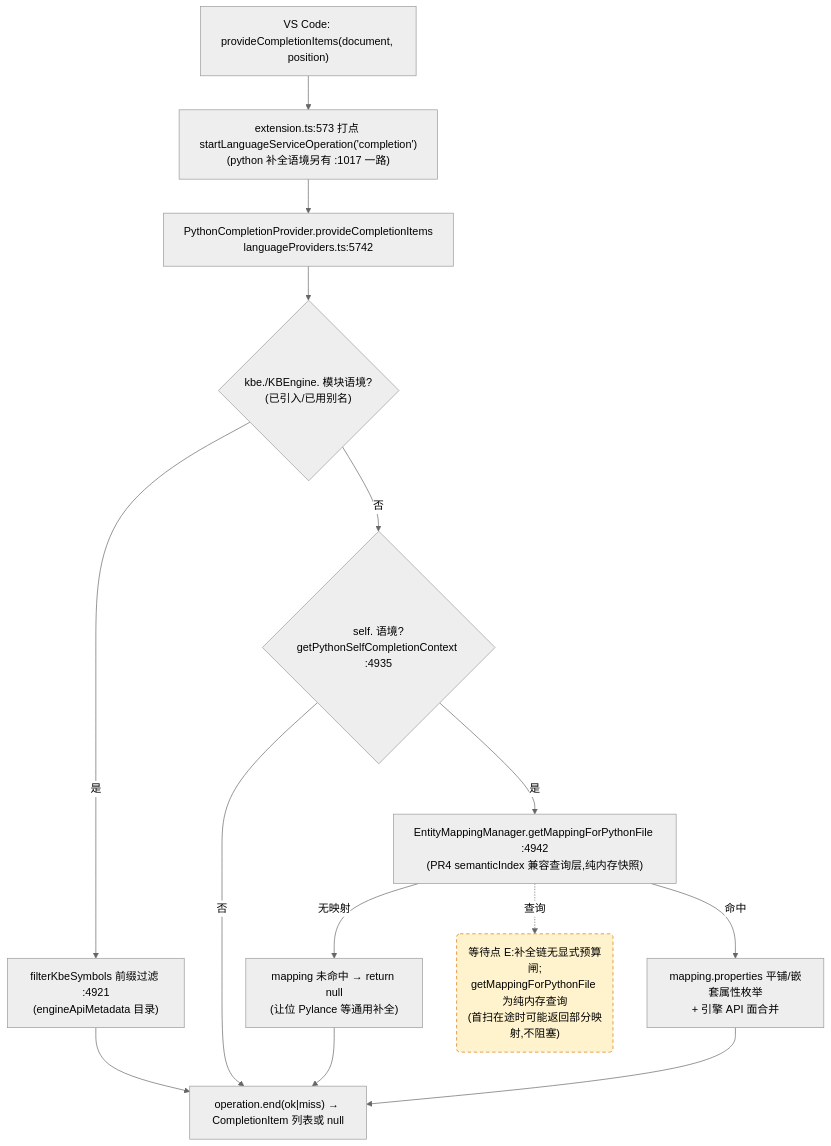
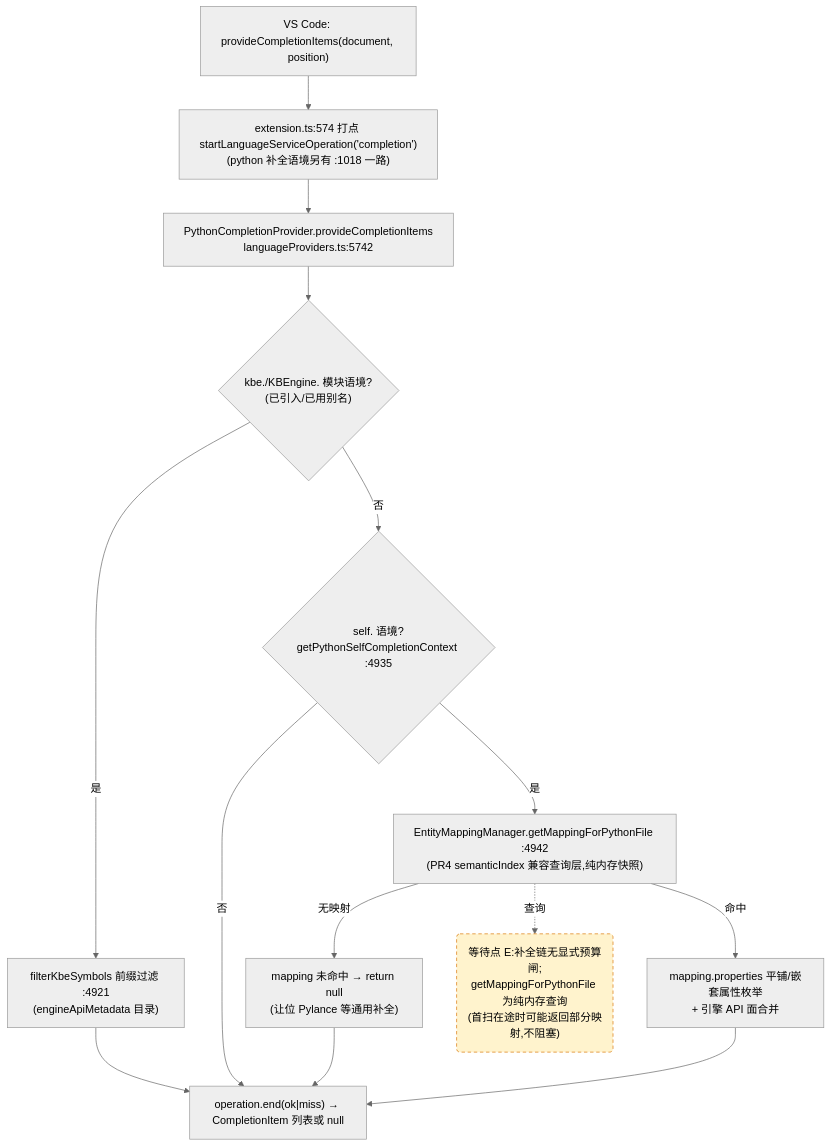
The third of 4 diagrams in docs/perf/2026-baseline.md (cuihairu/kode), drawn with Mermaid (neutral theme) before and after one commit. The commit also changed other lines of this file and 9 other files, not shown here.

````diff
--- a/docs/perf/2026-baseline.md
+++ b/docs/perf/2026-baseline.md
@@ -184,27 +184,27 @@
 ```mermaid
 flowchart TD
   VC3["VS Code: provideCompletionItems(document, position)"]
-  M3["extension.ts:573 打点 startLanguageServiceOperation('completion')<br/>(python 补全语境另有 :1017 一路)"]
+  M3["extension.ts:574 打点 startLanguageServiceOperation('completion')<br/>(python 补全语境另有 :1018 一路)"]
   CP["PythonCompletionProvider.provideCompletionItems<br/>languageProviders.ts:5742"]
   KBEC{"kbe./KBEngine. 模块语境?<br/>(已引入/已用别名)"}
   FILTER["filterKbeSymbols 前缀过滤 :4921<br/>(engineApiMetadata 目录)"]
   SELFC{"self. 语境?<br/>getPythonSelfCompletionContext :4935"}
   MAP["EntityMappingManager.getMappingForPythonFile :4942<br/>(PR4 semanticIndex 兼容查询层,纯内存快照)"]
   NOMAP["mapping 未命中 → return null<br/>(让位 Pylance 等通用补全)"]
   PROPS["mapping.properties 平铺/嵌套属性枚举<br/>+ 引擎 API 面合并"]
   END3["operation.end(ok|miss) → CompletionItem 列表或 null"]
 
   VC3 --> M3 --> CP --> KBEC
   KBEC -- "是" --> FILTER --> END3
   KBEC -- "否" --> SELFC
   SELFC -- "否" --> END3
   SELFC -- "是" --> MAP
   MAP -- "无映射" --> NOMAP --> END3
   MAP -- "命中" --> PROPS --> END3
 
   WAITE("等待点 E:补全链无显式预算闸;<br/>getMappingForPythonFile 为纯内存查询<br/>(首扫在途时可能返回部分映射,不阻塞)")
   MAP -.->|查询| WAITE
 
   classDef waitPoint fill:#fff3cd,stroke:#d97706,stroke-dasharray:5 4;
   class WAITE waitPoint;
 ```
````
